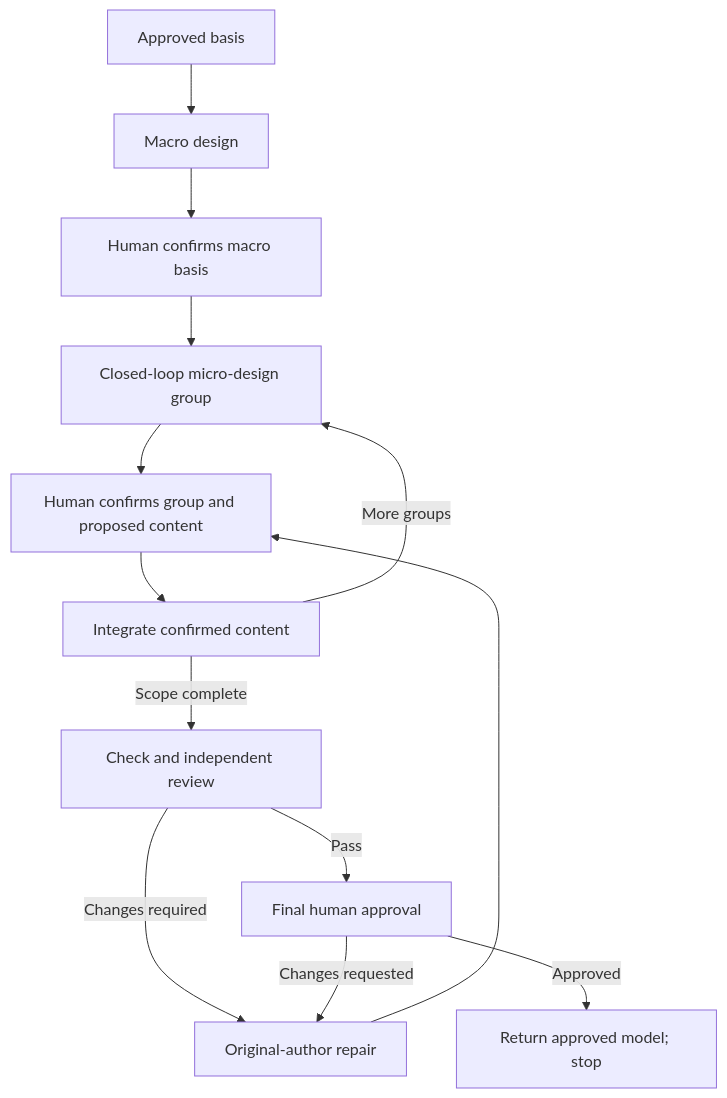
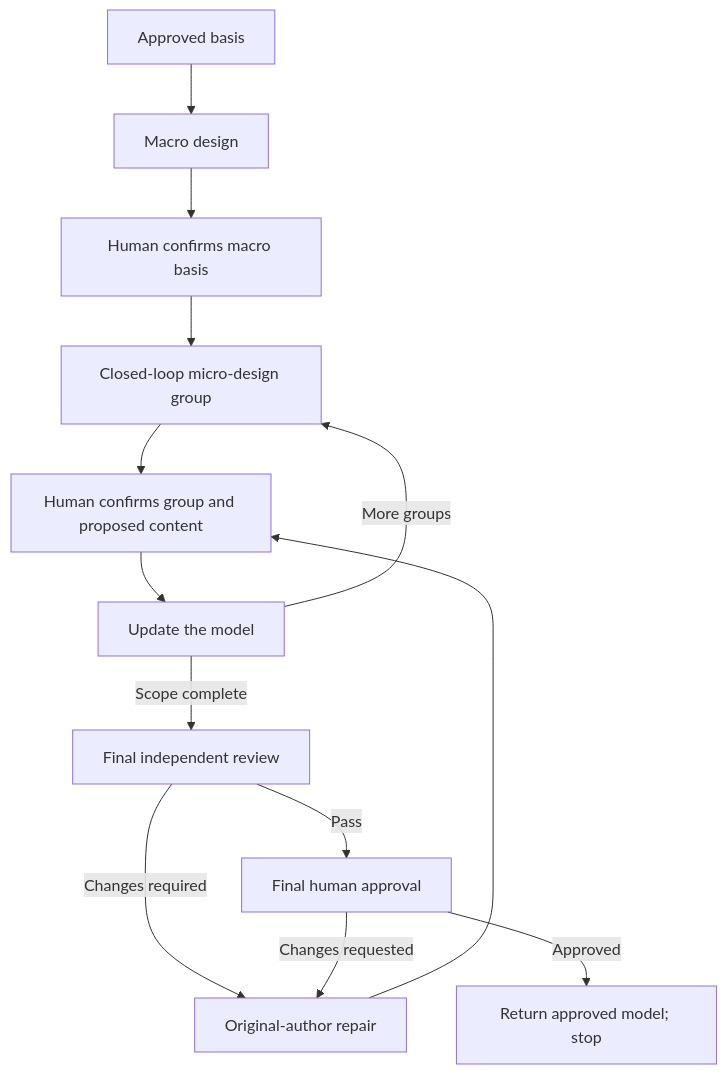
One commit to jidibinlin/clarity-skills changed the diagram in clarify-technical-design/SKILL.md. Above: the diagram before and after it, drawn with Mermaid. The commit also changed other lines of this file, not shown here.

````diff
--- a/clarify-technical-design/SKILL.md
+++ b/clarify-technical-design/SKILL.md
@@ -26,15 +27,15 @@
 ```mermaid
 flowchart TD
     A["Approved basis"] --> B["Macro design"]
     B --> C["Human confirms macro basis"]
     C --> D["Closed-loop micro-design group"]
     D --> E["Human confirms group and proposed content"]
-    E --> F["Integrate confirmed content"]
+    E --> F["Update the model"]
     F -->|More groups| D
-    F -->|Scope complete| G["Check and independent review"]
+    F -->|Scope complete| G["Final independent review"]
     G -->|Changes required| H["Original-author repair"]
     H --> E
     G -->|Pass| I["Final human approval"]
     I -->|Changes requested| H
     I -->|Approved| J["Return approved model; stop"]
 ```
````
